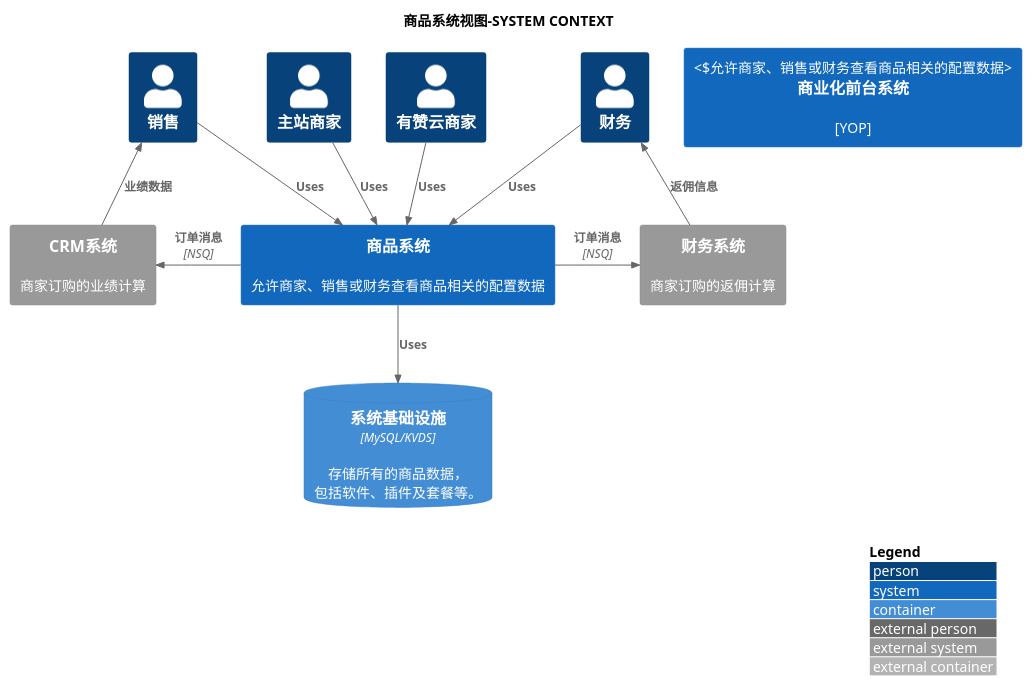
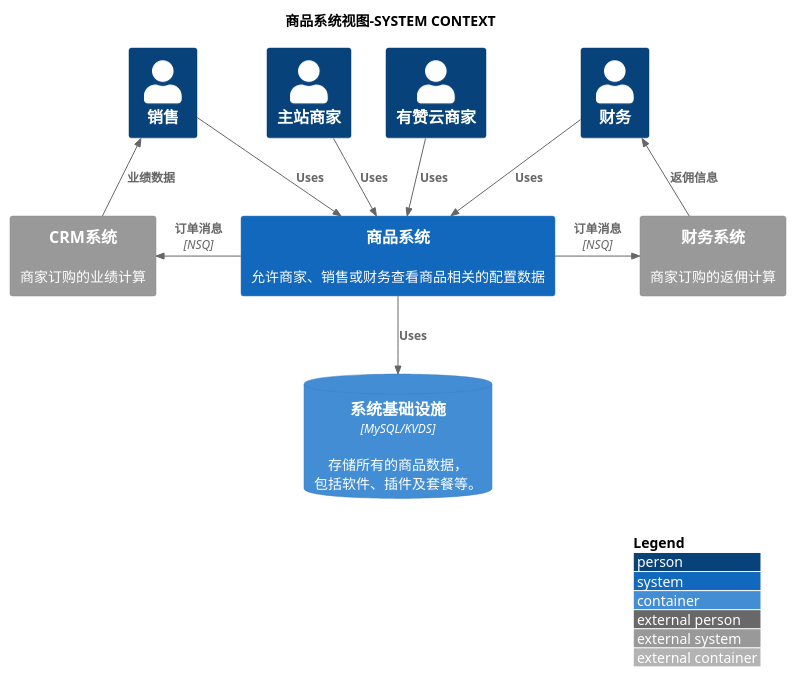
One commit to VectorYao/LeetCode changed the diagram in src/main/java/com/place/yao/plantUML/C4-Goods/SystemContext.puml. Above: the diagram before and after it, drawn with PlantUML. The commit also changed 1 other file, not shown here.

```diff
--- a/src/main/java/com/place/yao/plantUML/C4-Goods/SystemContext.puml
+++ b/src/main/java/com/place/yao/plantUML/C4-Goods/SystemContext.puml
@@ -1,30 +1,29 @@
 @startuml SystemContext
 !includeurl https://raw.githubusercontent.com/RicardoNiepel/C4-PlantUML/release/1-0/C4_Container.puml
 
 
 title 商品系统视图-SYSTEM CONTEXT
 LAYOUT_WITH_LEGEND()
 
 Person(主站商家, "主站商家", "")
 Person(有赞云商家, "有赞云商家", "")
 Person(销售, "销售", "")
 Person(财务, "财务", "")
 
-System(商业化前台系统, "商业化前台系统", "[YOP]", "允许商家、销售或财务查看商品相关的配置数据")
 System(商品系统, "商品系统", "允许商家、销售或财务查看商品相关的配置数据")
 System_Ext(CRM系统, "CRM系统", "商家订购的业绩计算")
 System_Ext(财务系统, "财务系统", "商家订购的返佣计算")
 ContainerDb(系统基础设施, "系统基础设施", "MySQL/KVDS","存储所有的商品数据，包括软件、插件及套餐等。")
 
 Rel(主站商家, 商品系统, "Uses")
 Rel(有赞云商家, 商品系统, "Uses")
 Rel(销售, 商品系统, "Uses")
 Rel(财务, 商品系统, "Uses")
 Rel_Back(销售, CRM系统, "业绩数据")
 Rel_Back(财务, 财务系统, "返佣信息")
 
 Rel_L(商品系统, CRM系统, "订单消息", "NSQ")
 Rel_R(商品系统, 财务系统, "订单消息", "NSQ")
 Rel(商品系统, 系统基础设施, "Uses")
 
 @enduml
```
